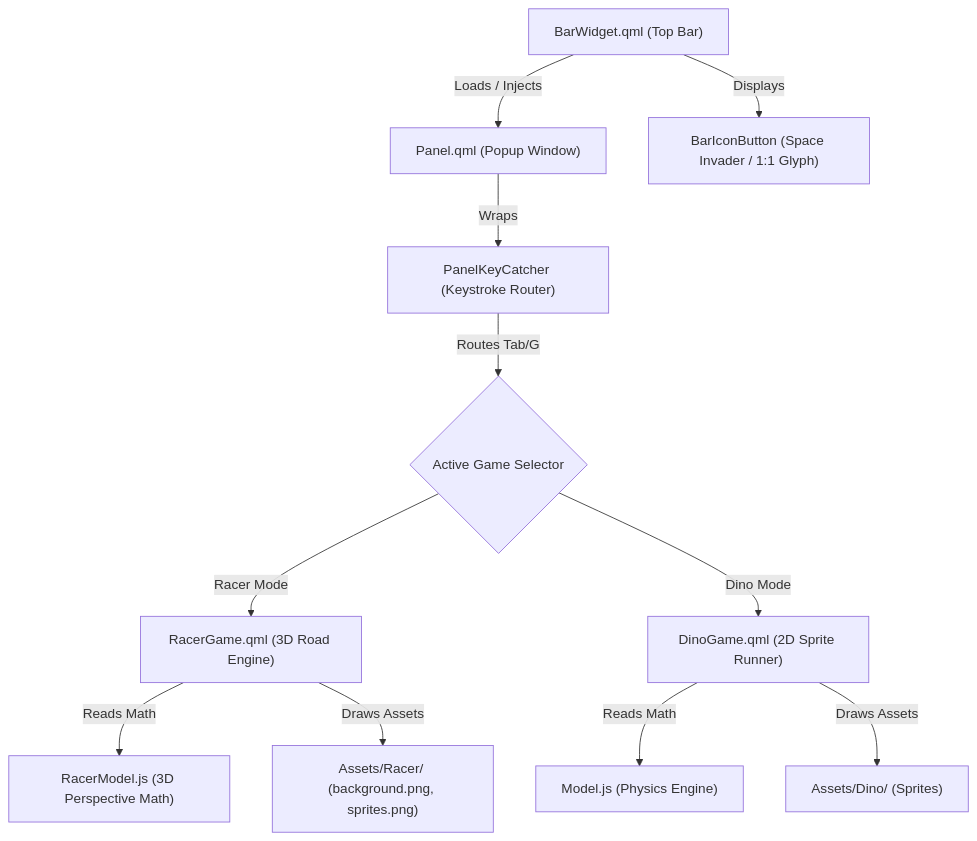
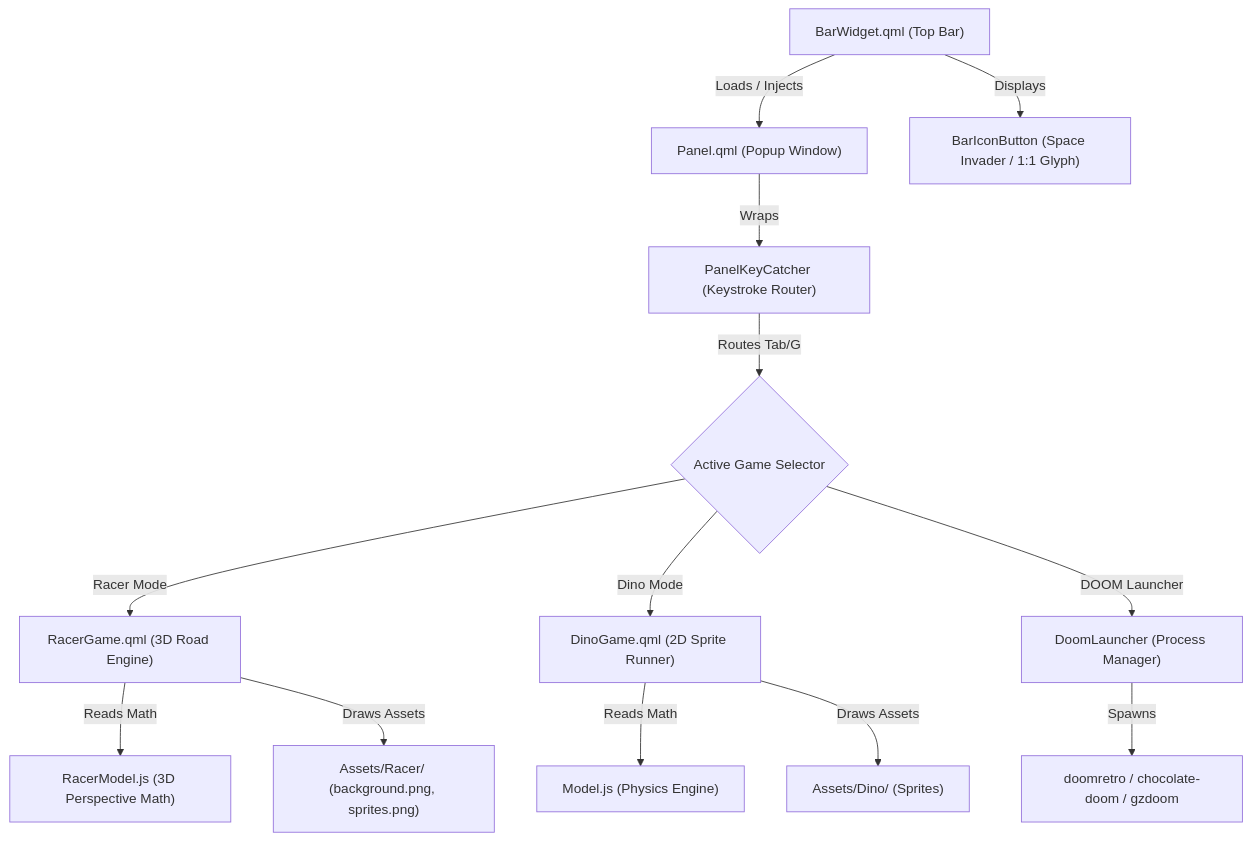
Before and after one commit to oppenheimer-rick/omarchy-racer: the diagram in DOCUMENTATION.md, drawn with Mermaid. The commit also changed other lines of this file and 2 other files, not shown here.

Commit message:
feat: integrate DOOM with auto-WAD scanner and add Stage 8 to DOCUMENTATION.md

````diff
--- a/DOCUMENTATION.md
+++ b/DOCUMENTATION.md
@@ -128,13 +145,15 @@
 ```mermaid
 graph TD
     BarWidget["BarWidget.qml (Top Bar)"] -->|Loads / Injects| Panel["Panel.qml (Popup Window)"]
     BarWidget -->|Displays| Icon["BarIconButton (Space Invader / 1:1 Glyph)"]
     Panel -->|Wraps| KeyCatcher["PanelKeyCatcher (Keystroke Router)"]
     KeyCatcher -->|Routes Tab/G| Switcher{"Active Game Selector"}
     Switcher -->|Racer Mode| Racer["RacerGame.qml (3D Road Engine)"]
     Switcher -->|Dino Mode| Dino["DinoGame.qml (2D Sprite Runner)"]
+    Switcher -->|DOOM Launcher| Doom["DoomLauncher (Process Manager)"]
     Racer -->|Reads Math| RacerModel["RacerModel.js (3D Perspective Math)"]
     Racer -->|Draws Assets| RacerAssets["Assets/Racer/ (background.png, sprites.png)"]
     Dino -->|Reads Math| DinoModel["Model.js (Physics Engine)"]
     Dino -->|Draws Assets| DinoAssets["Assets/Dino/ (Sprites)"]
+    Doom -->|Spawns| DoomRetro["doomretro / chocolate-doom / gzdoom"]
 ```
````
